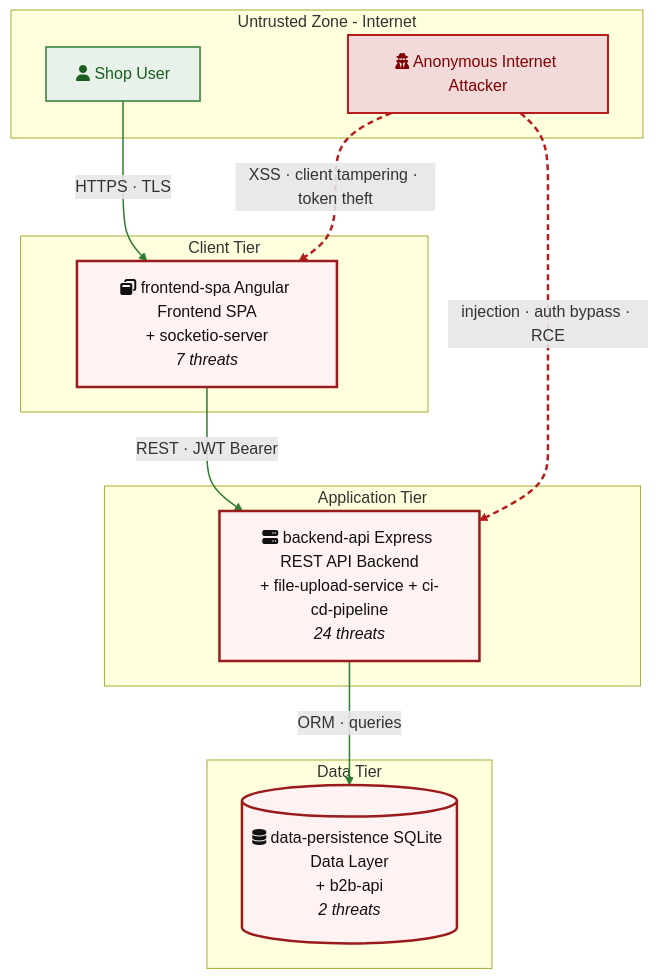
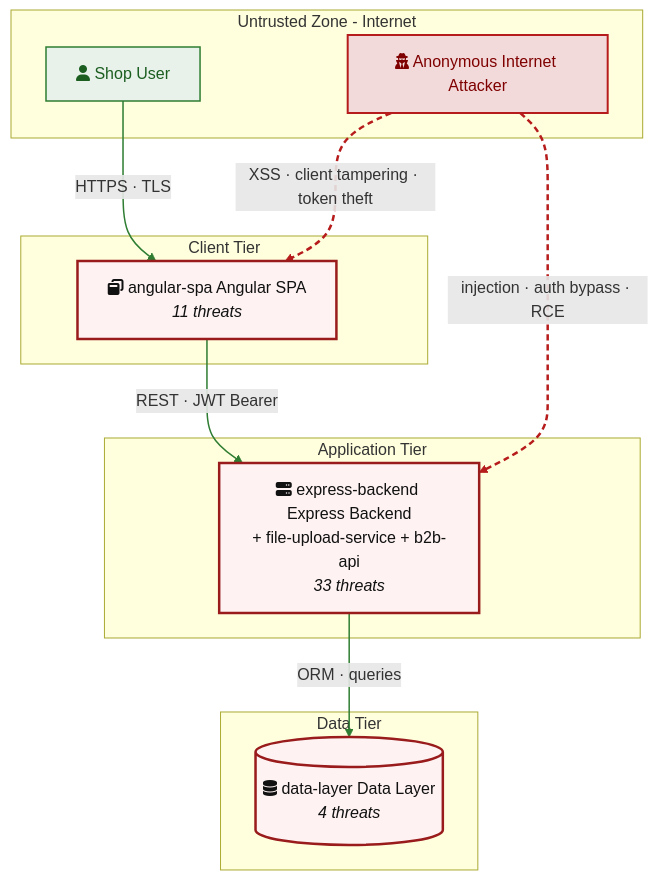
One commit to appsec-foundry/appsec-advisor changed the sixth of 28 diagrams in examples/threat-modeler/threat-model-juice-shop-standard.md. Above: the diagram before and after it, drawn with Mermaid. The commit also changed other lines of this file and 12 other files, not shown here.

````diff
--- a/examples/threat-modeler/threat-model-juice-shop-standard.md
+++ b/examples/threat-modeler/threat-model-juice-shop-standard.md
@@ -487,28 +452,28 @@
 ```mermaid
 flowchart TD
     subgraph EXT["Untrusted Zone - Internet"]
         INTERNET_ANON["fa:fa-user-secret Anonymous Internet Attacker"]:::threat
         VICTIM_REQUIRED["fa:fa-user Shop User"]:::legit
     end
     subgraph CLIENT["Client Tier"]
-        frontend_spa["fa:fa-window-restore frontend-spa Angular Frontend SPA<br/>+ socketio-server<br/><i>7 threats</i>"]:::risk
+        angular_spa["fa:fa-window-restore angular-spa Angular SPA<br/><i>11 threats</i>"]:::risk
     end
     subgraph APP["Application Tier"]
-        backend_api["fa:fa-server backend-api Express REST API Backend<br/>+ file-upload-service + ci-cd-pipeline<br/><i>24 threats</i>"]:::risk
+        express_backend["fa:fa-server express-backend Express Backend<br/>+ file-upload-service + b2b-api<br/><i>33 threats</i>"]:::risk
     end
     subgraph DATA["Data Tier"]
-        data_persistence[("fa:fa-database data-persistence SQLite Data Layer<br/>+ b2b-api<br/><i>2 threats</i>")]:::risk
+        data_layer[("fa:fa-database data-layer Data Layer<br/><i>4 threats</i>")]:::risk
     end
-    VICTIM_REQUIRED -->|"HTTPS · TLS"| frontend_spa
-    frontend_spa -->|"REST · JWT Bearer"| backend_api
-    backend_api -->|"ORM · queries"| data_persistence
-    INTERNET_ANON -.->|"injection · auth bypass · RCE"| backend_api
-    INTERNET_ANON -.->|"XSS · client tampering · token theft"| frontend_spa
+    VICTIM_REQUIRED -->|"HTTPS · TLS"| angular_spa
+    angular_spa -->|"REST · JWT Bearer"| express_backend
+    express_backend -->|"ORM · queries"| data_layer
+    INTERNET_ANON -.->|"injection · auth bypass · RCE"| express_backend
+    INTERNET_ANON -.->|"XSS · client tampering · token theft"| angular_spa
 
     classDef legit fill:#e8f1ea,stroke:#2e7d32,color:#1b5e20,stroke-width:1.5px
     classDef threat fill:#f3dada,stroke:#b71c1c,color:#7f0000,stroke-width:2px
     classDef external fill:#f2f2f2,stroke:#424242,color:#212121,stroke-width:1.5px
     classDef risk fill:#fef2f2,stroke:#991b1b,color:#111,stroke-width:2.5px
     linkStyle 0,1,2 stroke:#2e7d32,stroke-width:1.5px
     linkStyle 3,4 stroke:#b71c1c,stroke-width:2.5px,stroke-dasharray:6 4
 ```
````
